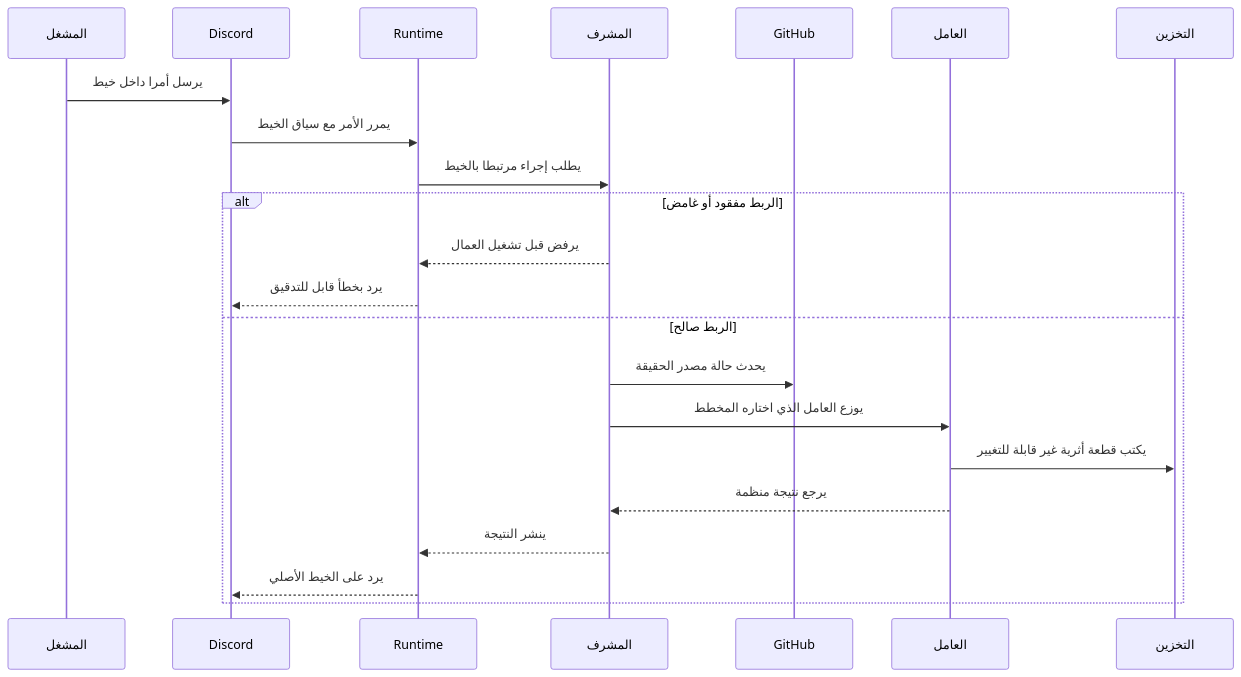
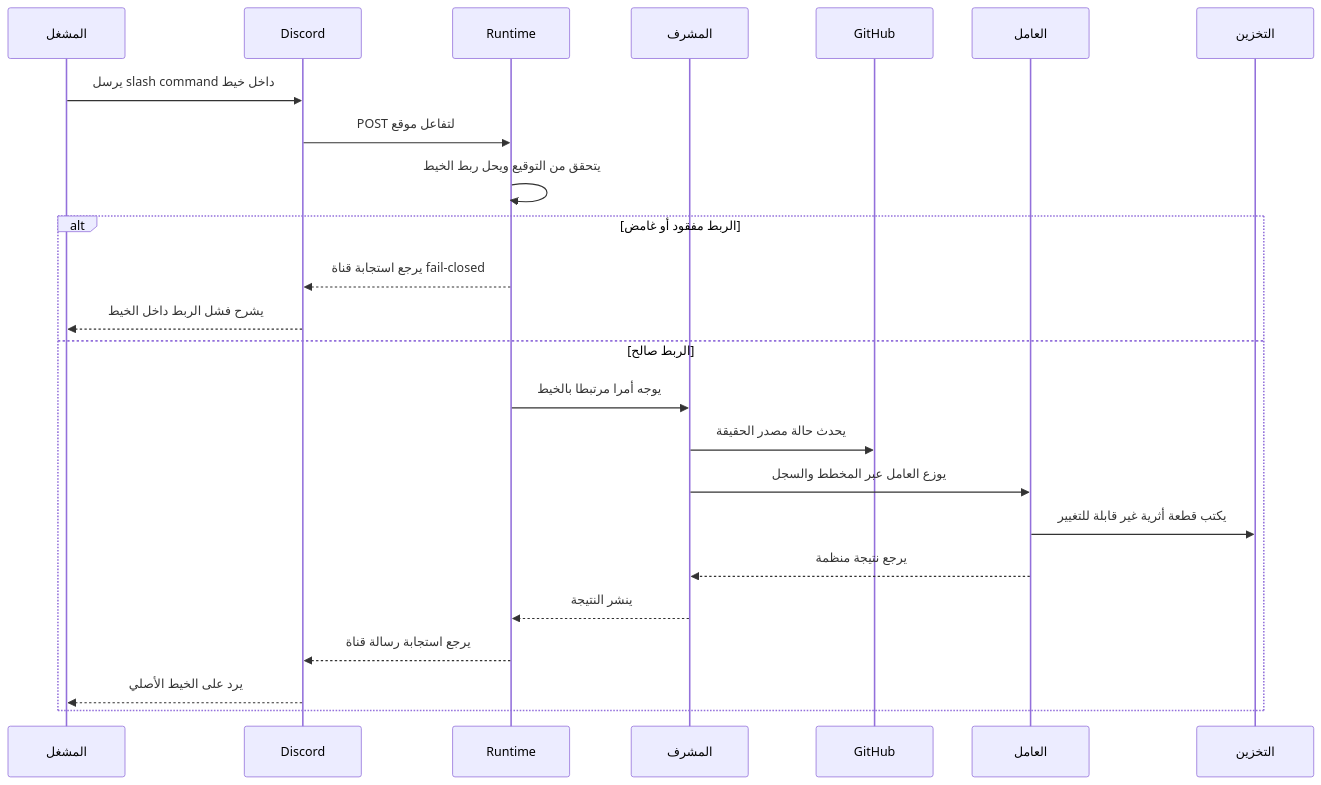
One commit to VannaDii/ironloom changed the diagram in site/guide-docs/ar/guides/operator-workflows.md. Above: the diagram before and after it, drawn with Mermaid. The commit also changed 73 other files, not shown here.

````diff
--- a/site/guide-docs/ar/guides/operator-workflows.md
+++ b/site/guide-docs/ar/guides/operator-workflows.md
@@ -7,24 +7,26 @@
 ```mermaid
 sequenceDiagram
   participant Operator as المشغل
   participant Discord as Discord
   participant Runtime as Runtime
   participant Supervisor as المشرف
   participant GitHub as GitHub
   participant Worker as العامل
   participant Storage as التخزين
-  Operator->>Discord: يرسل أمرا داخل خيط
-  Discord->>Runtime: يمرر الأمر مع سياق الخيط
-  Runtime->>Supervisor: يطلب إجراء مرتبطا بالخيط
+  Operator->>Discord: يرسل slash command داخل خيط
+  Discord->>Runtime: POST لتفاعل موقع
+  Runtime->>Runtime: يتحقق من التوقيع ويحل ربط الخيط
   alt الربط مفقود أو غامض
-    Supervisor-->>Runtime: يرفض قبل تشغيل العمال
-    Runtime-->>Discord: يرد بخطأ قابل للتدقيق
+    Runtime-->>Discord: يرجع استجابة قناة fail-closed
+    Discord-->>Operator: يشرح فشل الربط داخل الخيط
   else الربط صالح
+    Runtime->>Supervisor: يوجه أمرا مرتبطا بالخيط
     Supervisor->>GitHub: يحدث حالة مصدر الحقيقة
-    Supervisor->>Worker: يوزع العامل الذي اختاره المخطط
+    Supervisor->>Worker: يوزع العامل عبر المخطط والسجل
     Worker->>Storage: يكتب قطعة أثرية غير قابلة للتغيير
     Worker-->>Supervisor: يرجع نتيجة منظمة
     Supervisor-->>Runtime: ينشر النتيجة
-    Runtime-->>Discord: يرد على الخيط الأصلي
+    Runtime-->>Discord: يرجع استجابة رسالة قناة
+    Discord-->>Operator: يرد على الخيط الأصلي
   end
 ```
````
